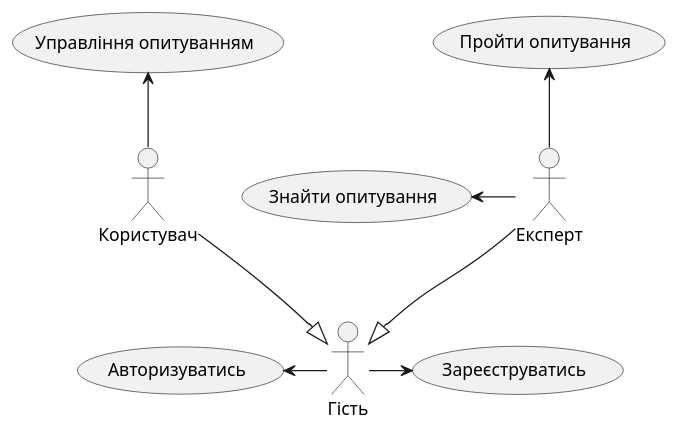
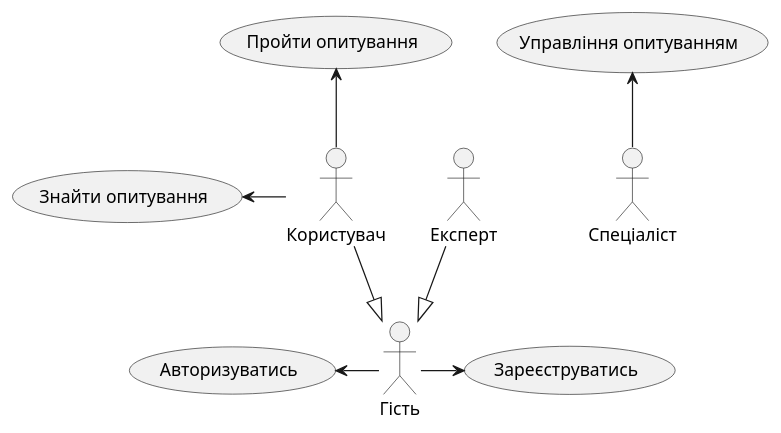
Before and after one commit to vladriabyi/QSystem: the second of 3 diagrams in docs/use cases/README.md, drawn with PlantUML.

```diff
--- a/docs/use cases/README.md
+++ b/docs/use cases/README.md
@@ -149,26 +149,26 @@
 @startuml
     
     actor Гість
     actor Користувач 
-    actor Експерт
+    actor Спеціаліст
             
     usecase "Авторизуватись" as A 
     usecase "Зареєструватись" as R
             
     usecase "Управління опитуванням" as M
             
     usecase "Пройти опитування" as E
     usecase "Знайти опитування" as F 
             
     Користувач -d-|> Гість 
     Експерт -d-|> Гість
             
     Гість -l-> A 
     Гість -r-> R
             
-    Користувач -u-> M
+    Спеціаліст -u-> M
             
-    Експерт -u-> E
-    Експерт -l-> F
+    Користувач -u-> E
+    Користувач -l-> F
     
 @enduml
```
